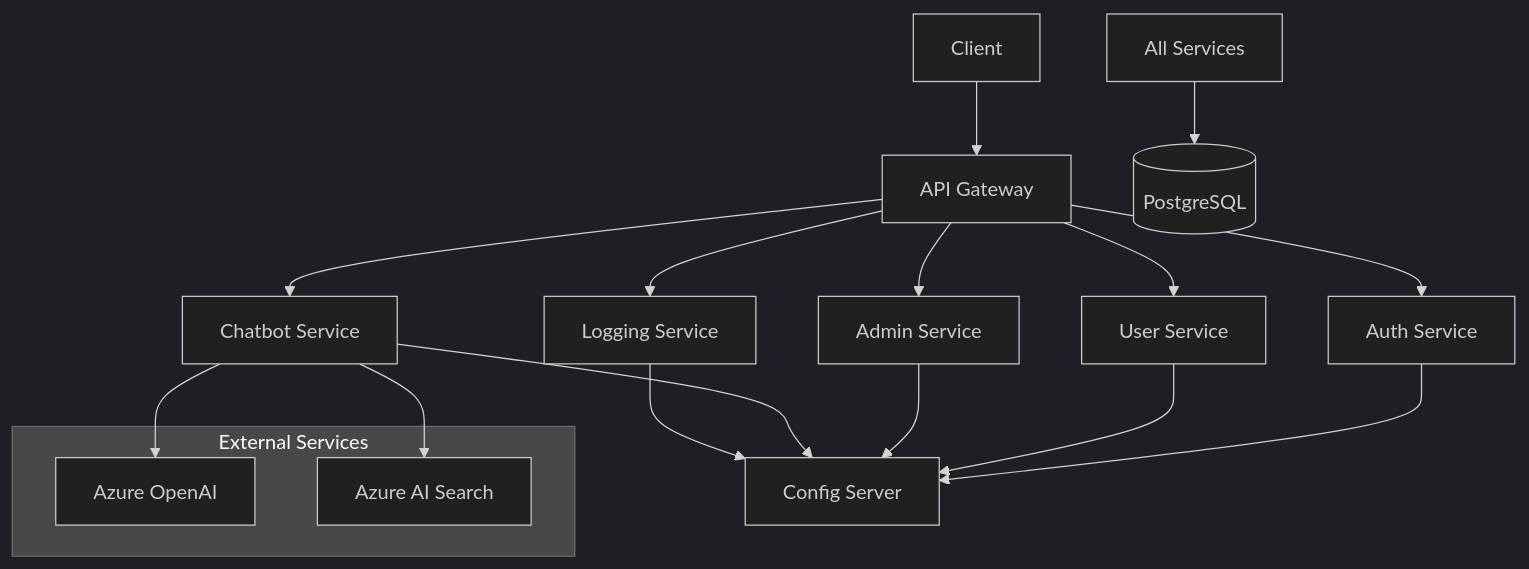
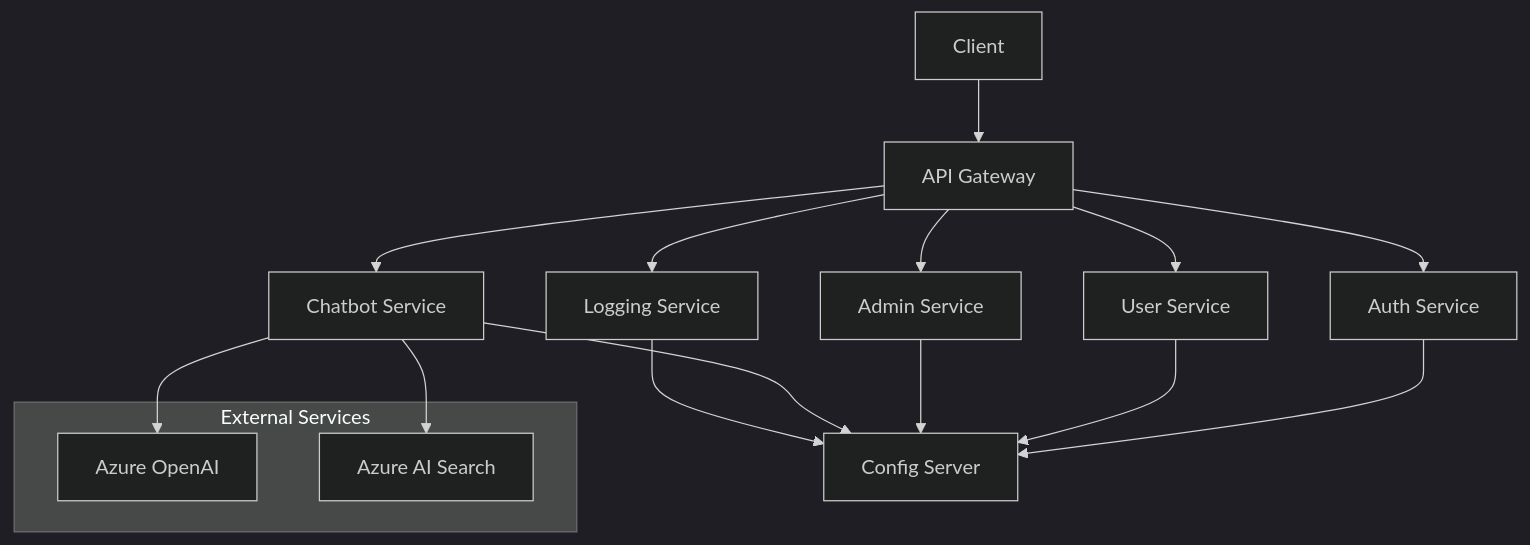
The diagram in README.md (tuankiet2640/botchat), drawn with Mermaid (dark theme) before and after one commit. The commit also changed other lines of this file and 4 other files, not shown here.

````diff
--- a/README.md
+++ b/README.md
@@ -93,25 +92,24 @@
 ```mermaid
 graph TD
     Client[Client] --> Gateway[API Gateway]
     Gateway --> Auth[Auth Service]
     Gateway --> User[User Service]
     Gateway --> Admin[Admin Service]
     Gateway --> Chatbot[Chatbot Service]
     Gateway --> Logging[Logging Service]
     
     Auth --> Config[Config Server]
     User --> Config
     Admin --> Config
     Chatbot --> Config
     Logging --> Config
     
     Chatbot --> AzureOpenAI[Azure OpenAI]
     Chatbot --> AzureSearch[Azure AI Search]
     
     subgraph External Services
         AzureOpenAI
         AzureSearch
     end
     
-    All[All Services] --> Postgres[(PostgreSQL)]
 ```
````
